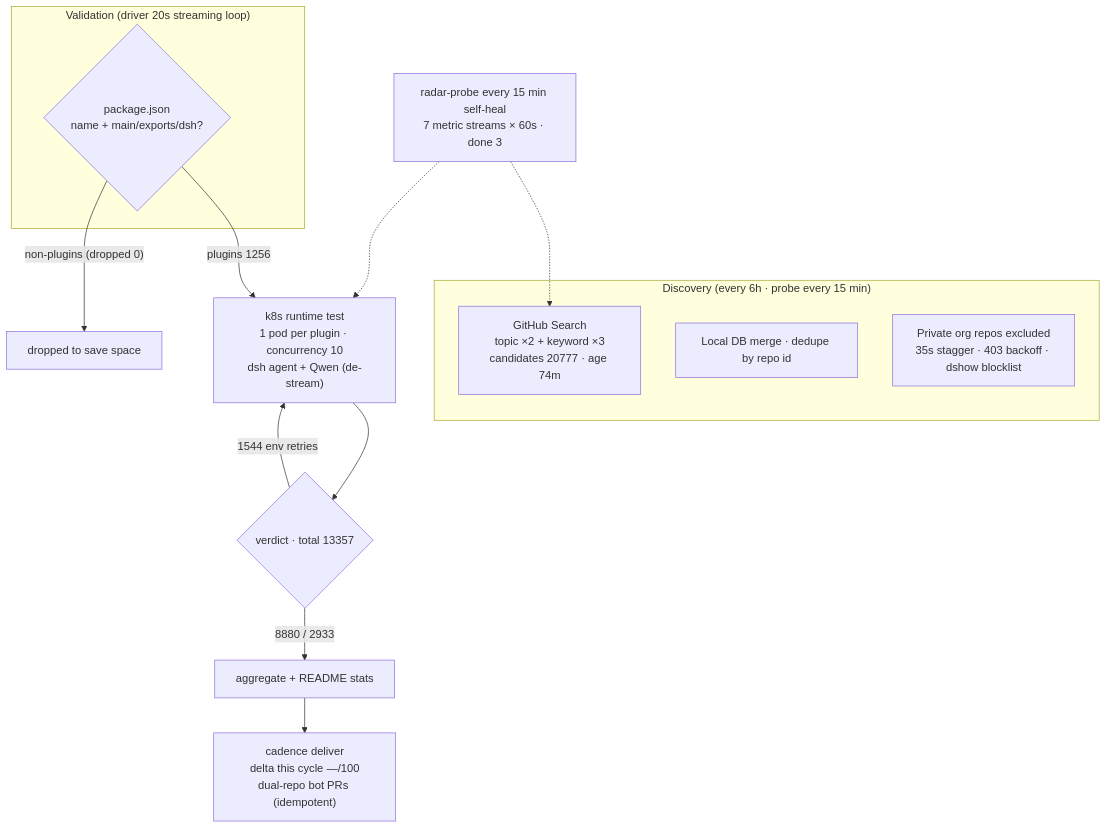
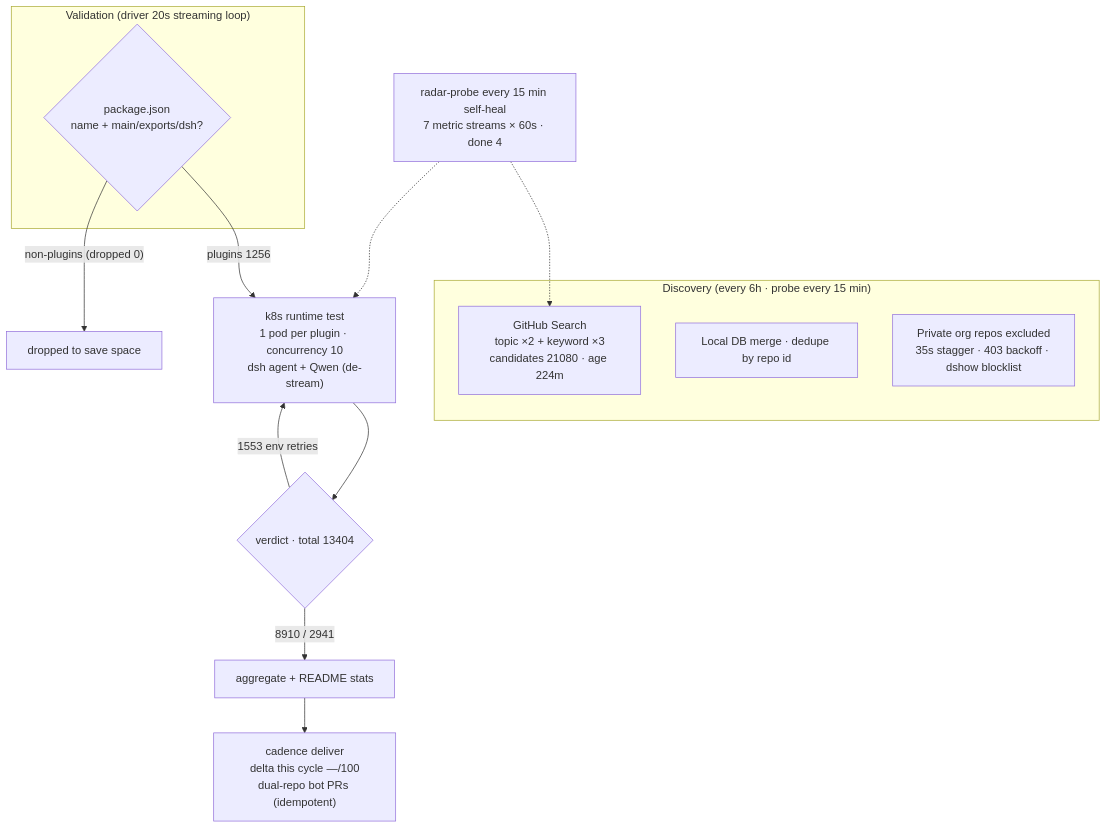
Before and after one commit to 1420079678-ctrl/dsh-plugin-radar: the diagram in README.en-US.md, drawn with Mermaid. The commit also changed other lines of this file and 18 other files, not shown here.

````diff
--- a/README.en-US.md
+++ b/README.en-US.md
@@ -45,20 +45,20 @@
 ```mermaid
 flowchart TB
     subgraph Discovery["Discovery (every 6h · probe every 15 min)"]
-        A1["GitHub Search<br/>topic ×2 + keyword ×3<br/>candidates 20777 · age 74m"]
+        A1["GitHub Search<br/>topic ×2 + keyword ×3<br/>candidates 21080 · age 224m"]
         A2["Local DB merge · dedupe by repo id"]
         A3["Private org repos excluded<br/>35s stagger · 403 backoff · dshow blocklist"]
     end
     subgraph Validation["Validation (driver 20s streaming loop)"]
         B1{"package.json<br/>name + main/exports/dsh?"}
     end
     B1 -->|"plugins 1256"| C1["k8s runtime test<br/>1 pod per plugin · concurrency 10<br/>dsh agent + Qwen (de-stream)"]
     B1 -->|"non-plugins (dropped 0)"| B3["dropped to save space"]
-    C1 --> D1{"verdict · total 13357"}
-    D1 -->|"8880 / 2933"| E1["aggregate + README stats"]
-    D1 -->|"1544 env retries"| C1
+    C1 --> D1{"verdict · total 13404"}
+    D1 -->|"8910 / 2941"| E1["aggregate + README stats"]
+    D1 -->|"1553 env retries"| C1
     E1 --> E2["cadence deliver<br/>delta this cycle —/100<br/>dual-repo bot PRs (idempotent)"]
-    M["radar-probe every 15 min self-heal<br/>7 metric streams × 60s · done 3"]
+    M["radar-probe every 15 min self-heal<br/>7 metric streams × 60s · done 4"]
     M -.-> A1
     M -.-> C1
 ```
````
